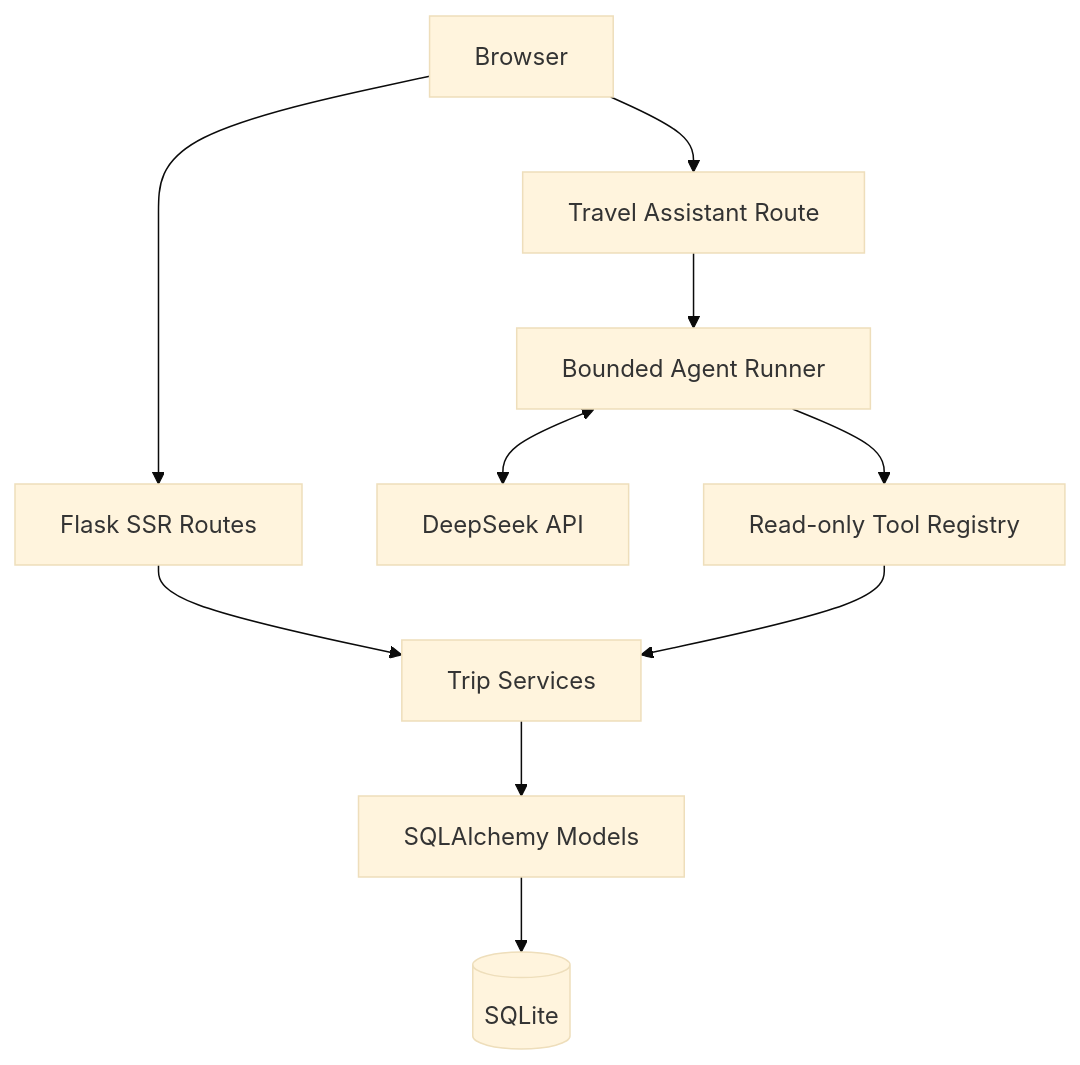
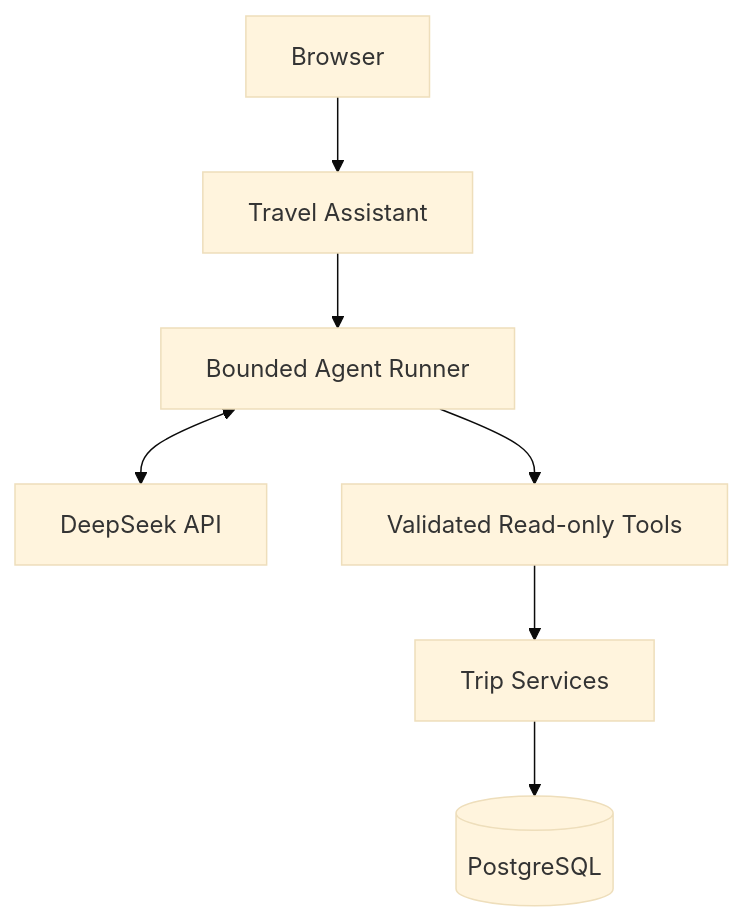
Before and after one commit to JianFeng1104/TripMate: the second of 2 diagrams in README.md, drawn with Mermaid (base theme). The commit also changed other lines of this file and 8 other files, not shown here.

````diff
--- a/README.md
+++ b/README.md
@@ -77,12 +96,9 @@
 ```mermaid
 flowchart TD
-    Browser --> Routes[Flask SSR Routes]
-    Routes --> Services[Trip Services]
-    Services --> Models[SQLAlchemy Models]
-    Models --> DB[(SQLite)]
-    Browser --> Assistant[Travel Assistant Route]
+    Browser --> Assistant[Travel Assistant]
     Assistant --> Runner[Bounded Agent Runner]
     Runner <--> DeepSeek[DeepSeek API]
-    Runner --> Tools[Read-only Tool Registry]
-    Tools --> Services
+    Runner --> Tools[Validated Read-only Tools]
+    Tools --> Services[Trip Services]
+    Services --> PostgreSQL[(PostgreSQL)]
 ```
````
